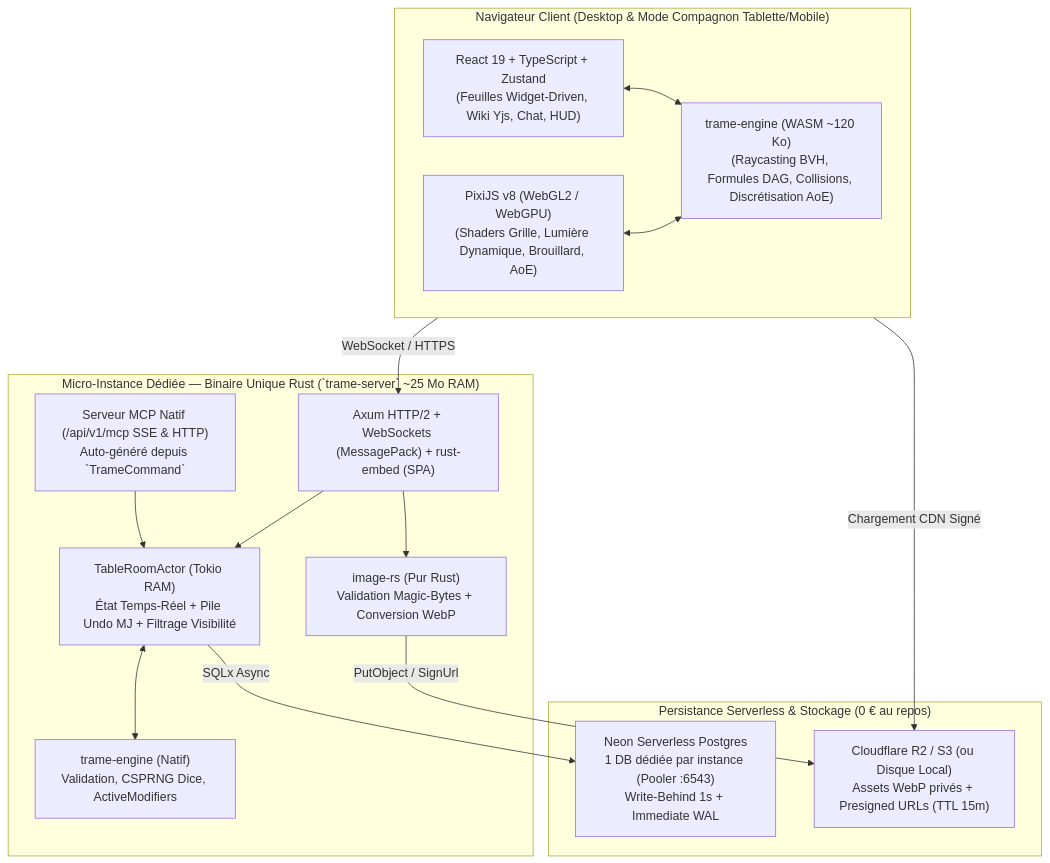
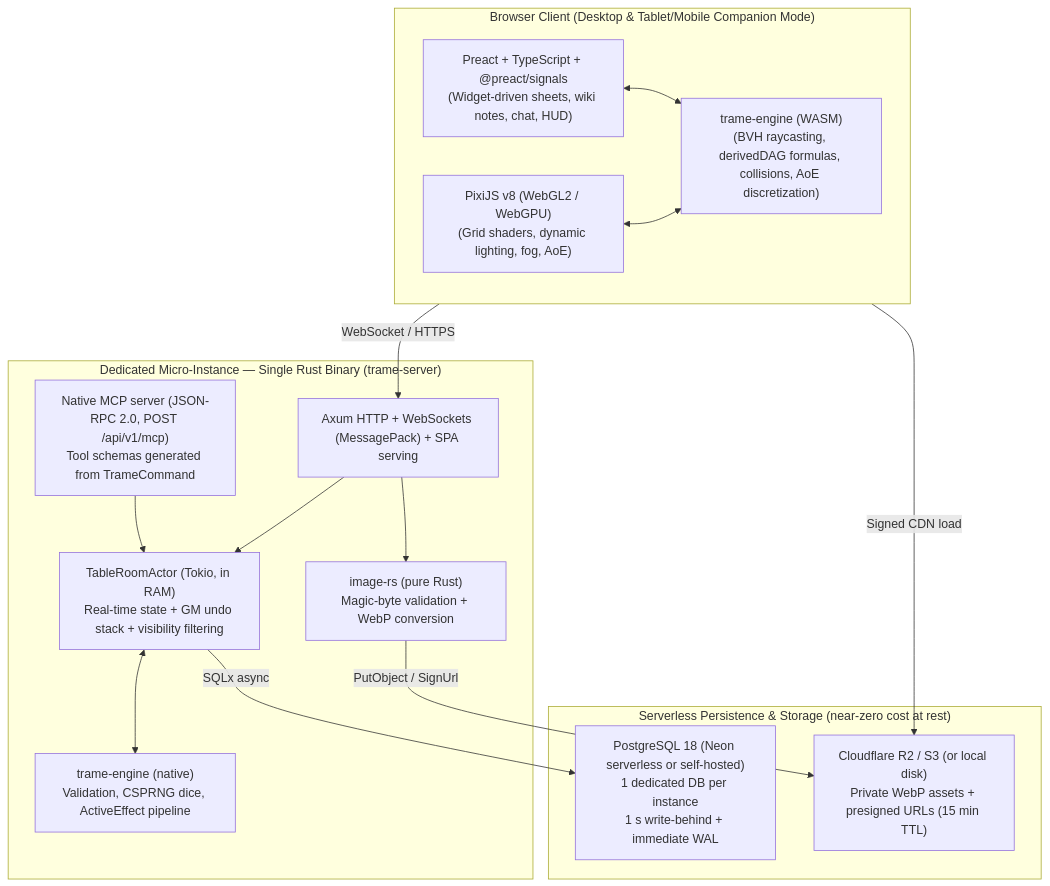
Before and after one commit to Hartorn-Inc/trame: the diagram in ARCHITECTURE.md, drawn with Mermaid. The commit also changed other lines of this file and 256 other files, not shown here.

````diff
--- a/ARCHITECTURE.md
+++ b/ARCHITECTURE.md
@@ -23,33 +25,33 @@
 ```mermaid
 graph TB
-    subgraph Client["Navigateur Client (Desktop & Mode Compagnon Tablette/Mobile)"]
-        React["React 19 + TypeScript + Zustand\n(Feuilles Widget-Driven, Wiki Yjs, Chat, HUD)"]
-        Pixi["PixiJS v8 (WebGL2 / WebGPU)\n(Shaders Grille, Lumière Dynamique, Brouillard, AoE)"]
-        Wasm["trame-engine (WASM ~120 Ko)\n(Raycasting BVH, Formules DAG, Collisions, Discrétisation AoE)"]
-        React <--> Wasm
+    subgraph Client["Browser Client (Desktop & Tablet/Mobile Companion Mode)"]
+        UI["Preact + TypeScript + @preact/signals\n(Widget-driven sheets, wiki notes, chat, HUD)"]
+        Pixi["PixiJS v8 (WebGL2 / WebGPU)\n(Grid shaders, dynamic lighting, fog, AoE)"]
+        Wasm["trame-engine (WASM)\n(BVH raycasting, derivedDAG formulas, collisions, AoE discretization)"]
+        UI <--> Wasm
         Pixi <--> Wasm
     end
 
-    subgraph Server["Micro-Instance Dédiée — Binaire Unique Rust (`trame-server` ~25 Mo RAM)"]
-        Axum["Axum HTTP/2 + WebSockets (MessagePack) + rust-embed (SPA)"]
-        MCP["Serveur MCP Natif (/api/v1/mcp SSE & HTTP)\nAuto-généré depuis `TrameCommand`"]
-        Actor["TableRoomActor (Tokio RAM)\nÉtat Temps-Réel + Pile Undo MJ + Filtrage Visibilité"]
-        EngineSrv["trame-engine (Natif)\nValidation, CSPRNG Dice, ActiveModifiers"]
-        Img["image-rs (Pur Rust)\nValidation Magic-Bytes + Conversion WebP"]
+    subgraph Server["Dedicated Micro-Instance — Single Rust Binary (trame-server)"]
+        Axum["Axum HTTP + WebSockets (MessagePack) + SPA serving"]
+        MCP["Native MCP server (JSON-RPC 2.0, POST /api/v1/mcp)\nTool schemas generated from TrameCommand"]
+        Actor["TableRoomActor (Tokio, in RAM)\nReal-time state + GM undo stack + visibility filtering"]
+        EngineSrv["trame-engine (native)\nValidation, CSPRNG dice, ActiveEffect pipeline"]
+        Img["image-rs (pure Rust)\nMagic-byte validation + WebP conversion"]
 
         Axum --> Actor
         MCP --> Actor
         Actor <--> EngineSrv
         Axum --> Img
     end
 
-    subgraph Infra["Persistance Serverless & Stockage (0 € au repos)"]
-        Neon["Neon Serverless Postgres\n1 DB dédiée par instance (Pooler :6543)\nWrite-Behind 1s + Immediate WAL"]
-        R2["Cloudflare R2 / S3 (ou Disque Local)\nAssets WebP privés + Presigned URLs (TTL 15m)"]
+    subgraph Infra["Serverless Persistence & Storage (near-zero cost at rest)"]
+        Neon["PostgreSQL 18 (Neon serverless or self-hosted)\n1 dedicated DB per instance\n1 s write-behind + immediate WAL"]
+        R2["Cloudflare R2 / S3 (or local disk)\nPrivate WebP assets + presigned URLs (15 min TTL)"]
     end
 
     Client -- "WebSocket / HTTPS" --> Axum
-    Actor -- "SQLx Async" --> Neon
+    Actor -- "SQLx async" --> Neon
     Img -- "PutObject / SignUrl" --> R2
-    Client -- "Chargement CDN Signé" --> R2
+    Client -- "Signed CDN load" --> R2
 ```
````
